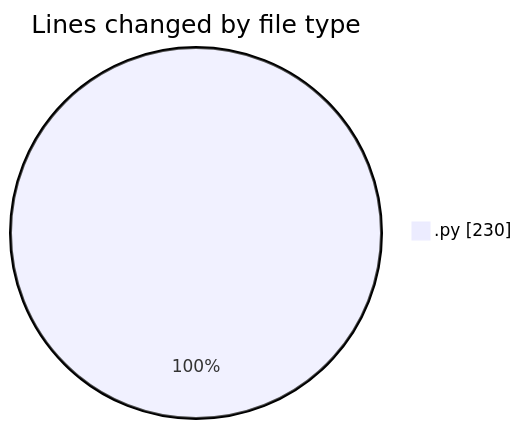
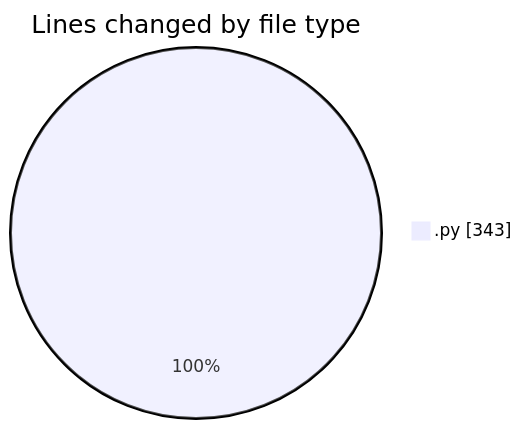
One commit to Elitesun/code-tracking changed the first of 2 diagrams in 2025-05-14/niten/README.md. Above: the diagram before and after it, drawn with Mermaid. The commit also changed other lines of this file and 1 other file, not shown here.

````diff
--- a/2025-05-14/niten/README.md
+++ b/2025-05-14/niten/README.md
@@ -21,5 +23,5 @@
 ```mermaid
 pie showData
 title Lines changed by file type
-".py" : 230
+".py" : 343
 ```
````
